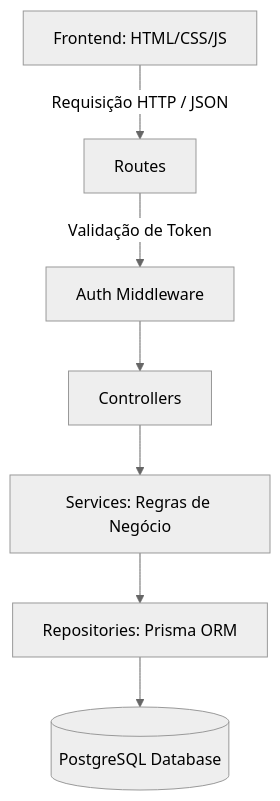
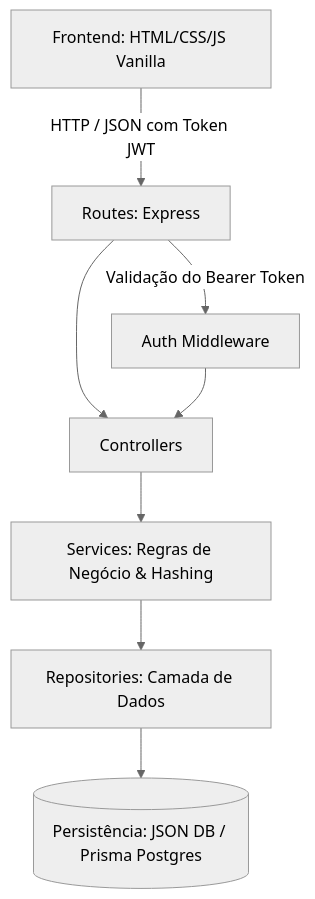
Before and after one commit to gamancio-tech/bairroAlerta: the diagram in README.md, drawn with Mermaid (neutral theme). The commit also changed other lines of this file and 6 other files, not shown here.

Commit message:
feat: integracao frontend-backend, rota GET /alerts/:id, severidade, conexao com api e atualizacao do README

````diff
--- a/README.md
+++ b/README.md
@@ -130,9 +156,10 @@
 ```mermaid
 graph TD
-    Client[Frontend: HTML/CSS/JS] -->|Requisição HTTP / JSON| Routes[Routes]
-    Routes -->|Validação de Token| Middleware[Auth Middleware]
-    Middleware --> Controllers[Controllers]
-    Controllers --> Services[Services: Regras de Negócio]
-    Services --> Repositories[Repositories: Prisma ORM]
-    Repositories --> Database[(PostgreSQL Database)]
+    Client[Frontend: HTML/CSS/JS Vanilla] -->|HTTP / JSON com Token JWT| Routes[Routes: Express]
+    Routes -->|Validação do Bearer Token| Middleware[Auth Middleware]
+    Routes --> Controllers[Controllers]
+    Middleware --> Controllers
+    Controllers --> Services[Services: Regras de Negócio & Hashing]
+    Services --> Repositories[Repositories: Camada de Dados]
+    Repositories --> Storage[(Persistência: JSON DB / Prisma Postgres)]
 ```
````
